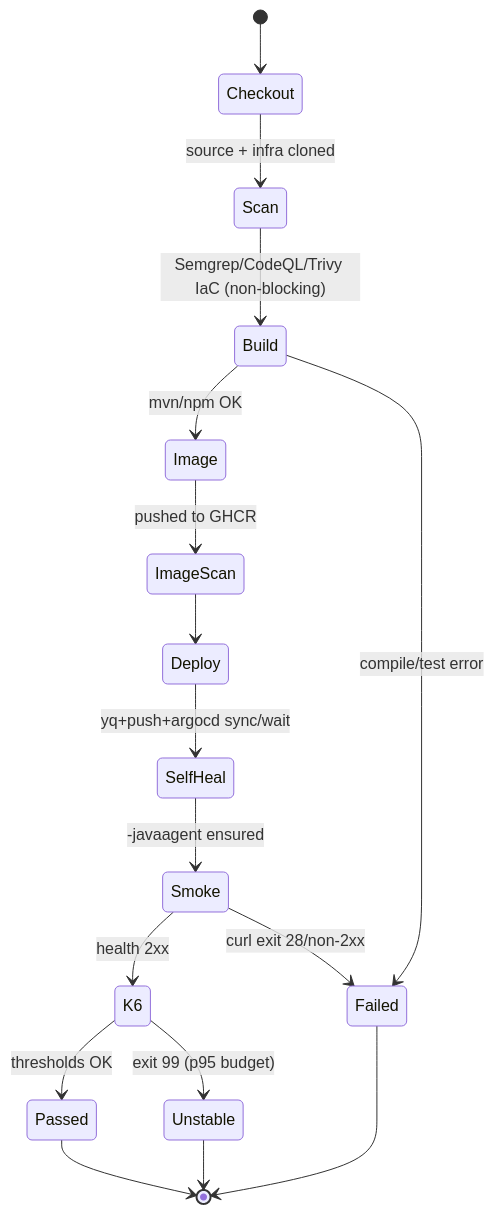
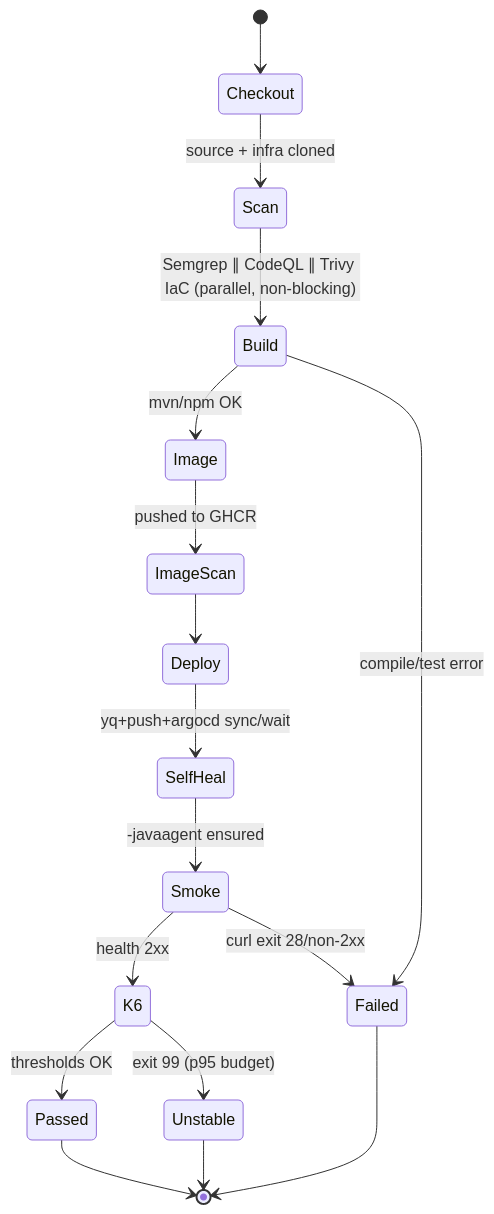
Before and after one commit to nubenetes/jenkins-2026: the ninth of 12 diagrams in docs/402-PIPELINES_AS_CODE.md, drawn with Mermaid. The commit also changed other lines of this file and 130 other files, not shown here.

````diff
--- a/docs/402-PIPELINES_AS_CODE.md
+++ b/docs/402-PIPELINES_AS_CODE.md
@@ -468,19 +471,19 @@
 ```mermaid
 stateDiagram-v2
   [*] --> Checkout
   Checkout --> Scan: source + infra cloned
-  Scan --> Build: Semgrep/CodeQL/Trivy IaC (non-blocking)
+  Scan --> Build: Semgrep ∥ CodeQL ∥ Trivy IaC (parallel, non-blocking)
   Build --> Image: mvn/npm OK
   Build --> Failed: compile/test error
   Image --> ImageScan: pushed to GHCR
   ImageScan --> Deploy
   Deploy --> SelfHeal: yq+push+argocd sync/wait
   SelfHeal --> Smoke: -javaagent ensured
   Smoke --> K6: health 2xx
   Smoke --> Failed: curl exit 28/non-2xx
   K6 --> Passed: thresholds OK
   K6 --> Unstable: exit 99 (p95 budget)
   Passed --> [*]
   Unstable --> [*]
   Failed --> [*]
 ```
````
